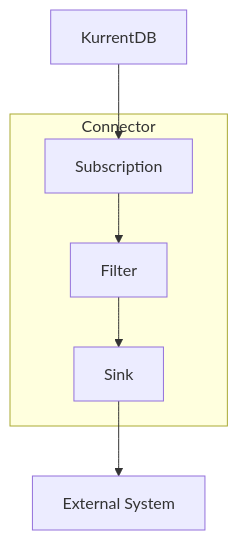
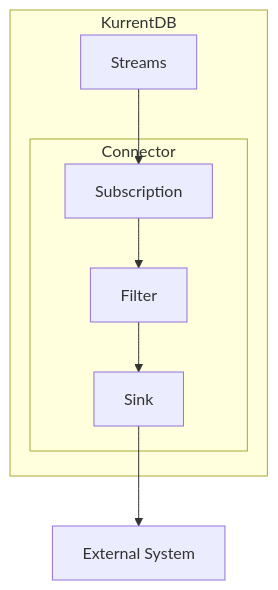
Before and after one commit to nagyist/EventStore: the first of 3 diagrams in docs/server/features/connectors/README.md, drawn with Mermaid. The commit also changed 9 other files, not shown here.

````diff
--- a/docs/server/features/connectors/README.md
+++ b/docs/server/features/connectors/README.md
@@ -16,13 +16,16 @@
 ```mermaid
 graph TD
-    A[KurrentDB] --> B[Subscription]
+    A[Streams] --> B[Subscription]
     B --> C[Filter]
     C --> D[Sink]
     D --> E[External System]
     
-    subgraph Connector
-    B
-    C
-    D
+    subgraph KurrentDB
+    A
+        subgraph Connector
+        B
+        C
+        D
+        end
     end
 ```
````
